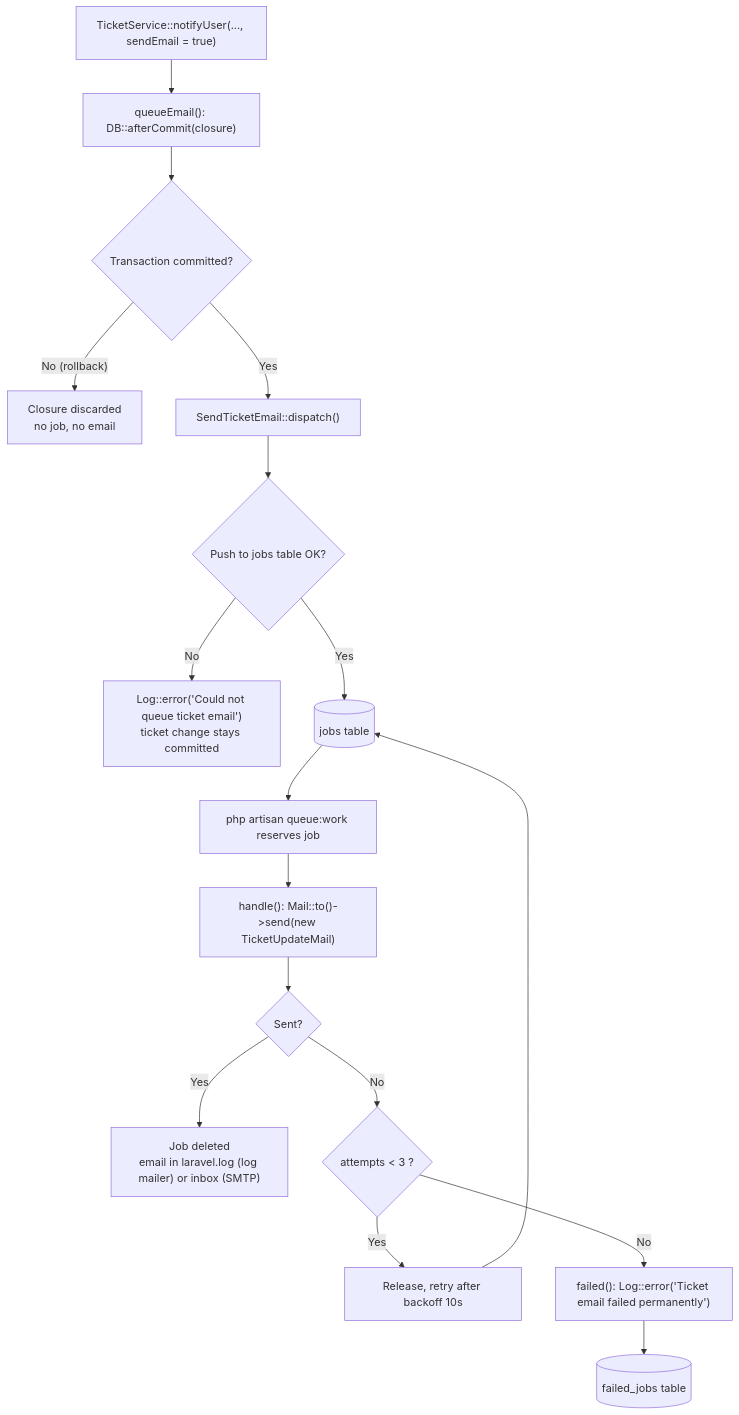
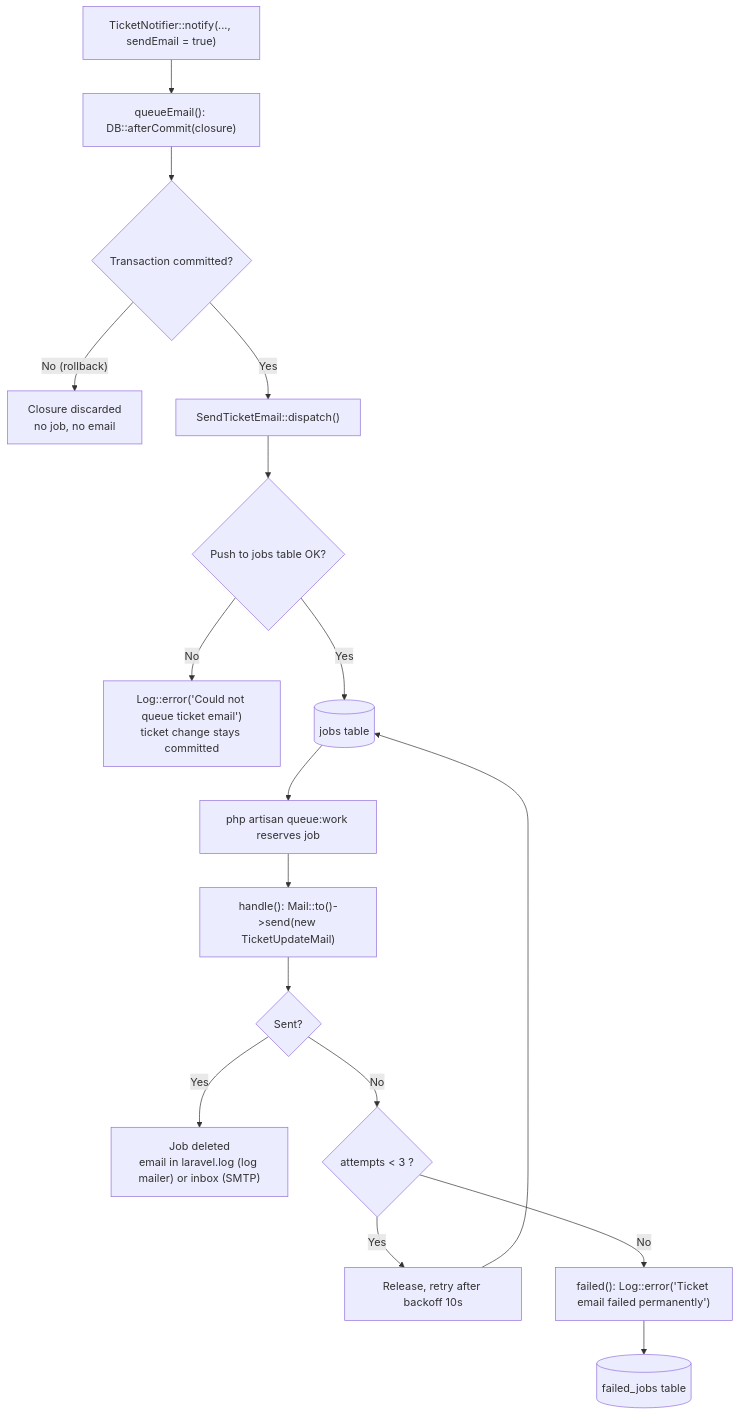
The fifth of 16 diagrams in docs/10-SYSTEM-DESIGN-GUIDE.md (Saif-Mahmud-Khan-Dourjoy/ResolveDesk), drawn with Mermaid before and after one commit. The commit also changed other lines of this file and 140 other files, not shown here.

````diff
--- a/docs/10-SYSTEM-DESIGN-GUIDE.md
+++ b/docs/10-SYSTEM-DESIGN-GUIDE.md
@@ -711,18 +736,18 @@
 ```mermaid
 flowchart TD
-    A["TicketService::notifyUser(..., sendEmail = true)"] --> B["queueEmail(): DB::afterCommit(closure)"]
+    A["TicketNotifier::notify(..., sendEmail = true)"] --> B["queueEmail(): DB::afterCommit(closure)"]
     B --> C{"Transaction committed?"}
     C -- "No (rollback)" --> D["Closure discarded<br/>no job, no email"]
     C -- "Yes" --> E["SendTicketEmail::dispatch()"]
     E --> F{"Push to jobs table OK?"}
     F -- "No" --> G["Log::error('Could not queue ticket email')<br/>ticket change stays committed"]
     F -- "Yes" --> H[("jobs table")]
     H --> I["php artisan queue:work reserves job"]
     I --> J["handle(): Mail::to()->send(new TicketUpdateMail)"]
     J --> K{"Sent?"}
     K -- "Yes" --> L["Job deleted<br/>email in laravel.log (log mailer) or inbox (SMTP)"]
     K -- "No" --> M{"attempts < 3 ?"}
     M -- "Yes" --> N["Release, retry after backoff 10s"] --> H
     M -- "No" --> O["failed(): Log::error('Ticket email failed permanently')"]
     O --> P[("failed_jobs table")]
 ```
````
